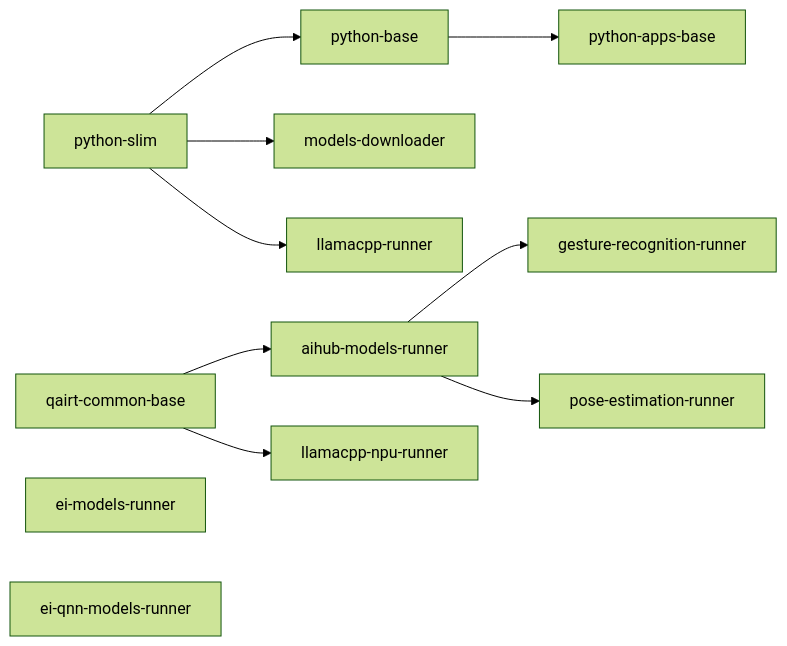
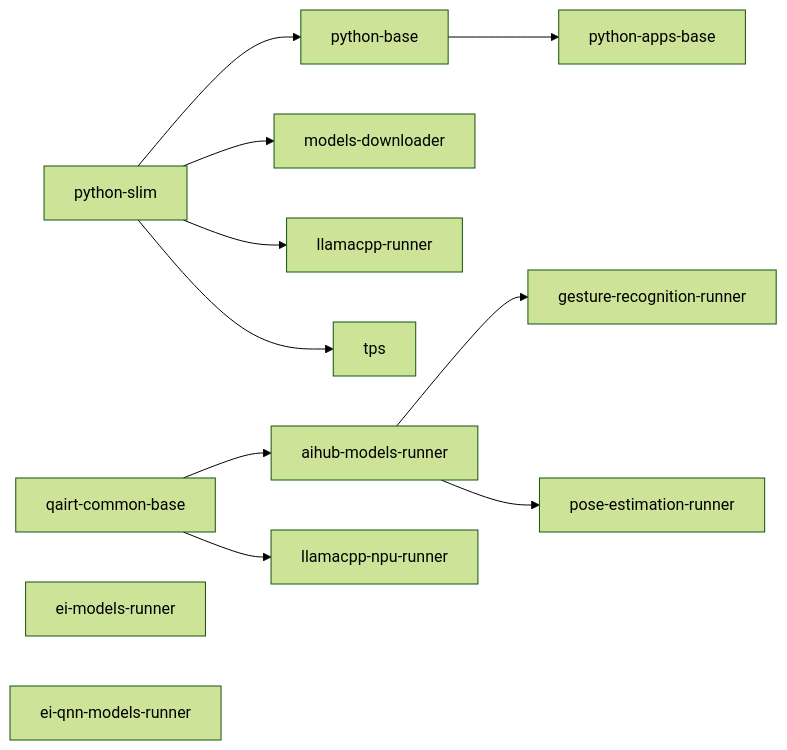
The diagram in containers/README.md (robgee86/app-bricks-py), drawn with Mermaid (forest theme) before and after one commit. The commit also changed other lines of this file and 27 other files, not shown here.

````diff
--- a/containers/README.md
+++ b/containers/README.md
@@ -29,11 +30,12 @@
 ```mermaid
 graph LR
   slim[python-slim] --> base[python-base] --> apps[python-apps-base]
   slim --> dl[models-downloader]
   slim --> lcpp[llamacpp-runner]
   qairt[qairt-common-base] --> aihub[aihub-models-runner] --> gesture[gesture-recognition-runner]
   aihub --> pose[pose-estimation-runner]
   qairt --> lcppnpu[llamacpp-npu-runner]
   ei[ei-models-runner]
   eiqnn[ei-qnn-models-runner]
+  slim --> tps[tps]
 ```
````
